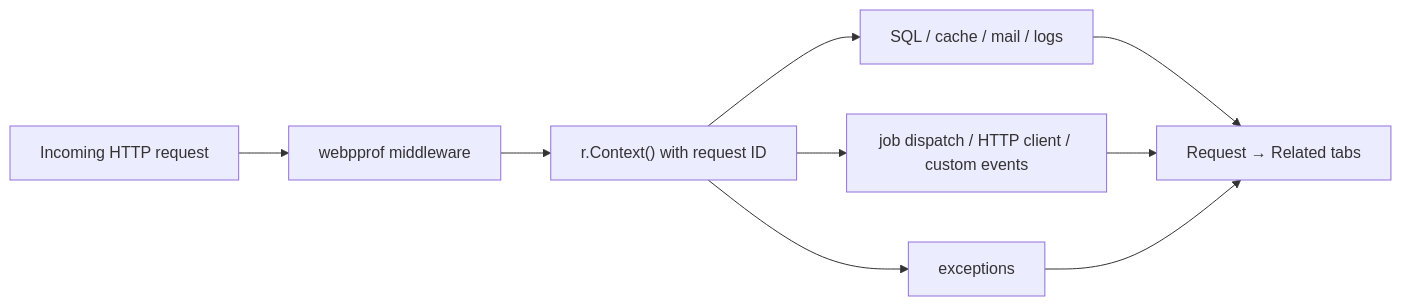
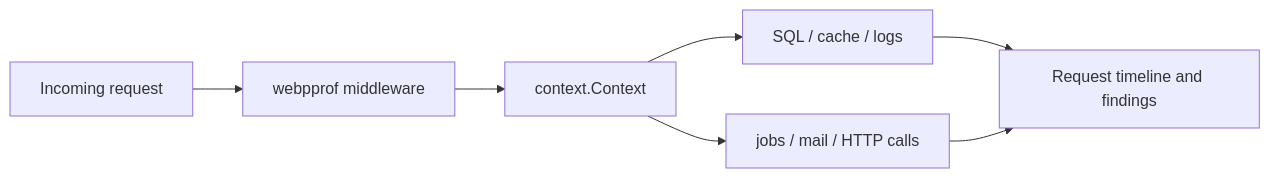
The diagram in README.md (levskiy0/webpprof), drawn with Mermaid before and after one commit. The commit also changed other lines of this file and 81 other files, not shown here.

````diff
--- a/README.md
+++ b/README.md
@@ -464,11 +236,9 @@
 ```mermaid
 flowchart LR
-    A["Incoming HTTP request"] --> B["webpprof middleware"]
-    B --> C["r.Context() with request ID"]
-    C --> D["SQL / cache / mail / logs"]
-    C --> E["job dispatch / HTTP client / custom events"]
-    C --> F["exceptions"]
-    D --> G["Request → Related tabs"]
-    E --> G
-    F --> G
+    A["Incoming request"] --> B["webpprof middleware"]
+    B --> C["context.Context"]
+    C --> D["SQL / cache / logs"]
+    C --> E["jobs / mail / HTTP calls"]
+    D --> F["Request timeline and findings"]
+    E --> F
 ```
````
